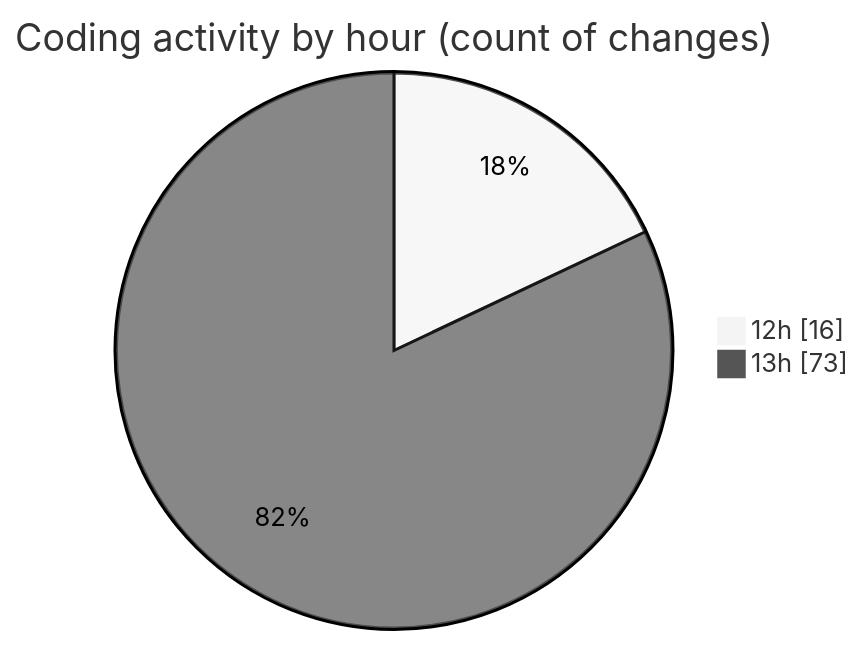
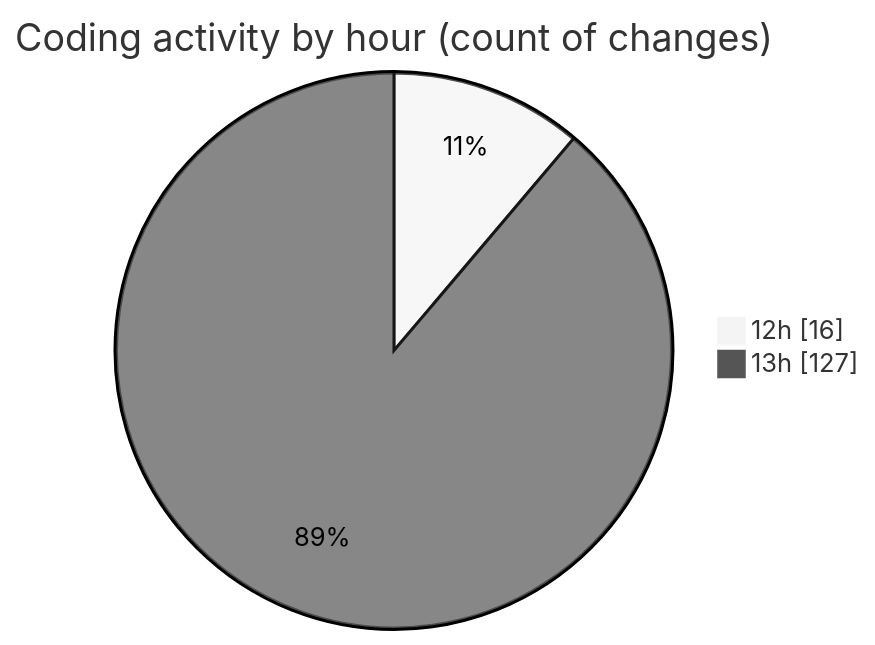
The second of 2 diagrams in 2025-09-16/www/README.md (vahidmafi/code-tracking), drawn with Mermaid (neutral theme) before and after one commit. The commit also changed other lines of this file and 1 other file, not shown here.

````diff
--- a/2025-09-16/www/README.md
+++ b/2025-09-16/www/README.md
@@ -69,6 +95,6 @@
 ```mermaid
 pie showData
 title Coding activity by hour (count of changes)
 "12h" : 16
-"13h" : 73
+"13h" : 127
 ```
````
